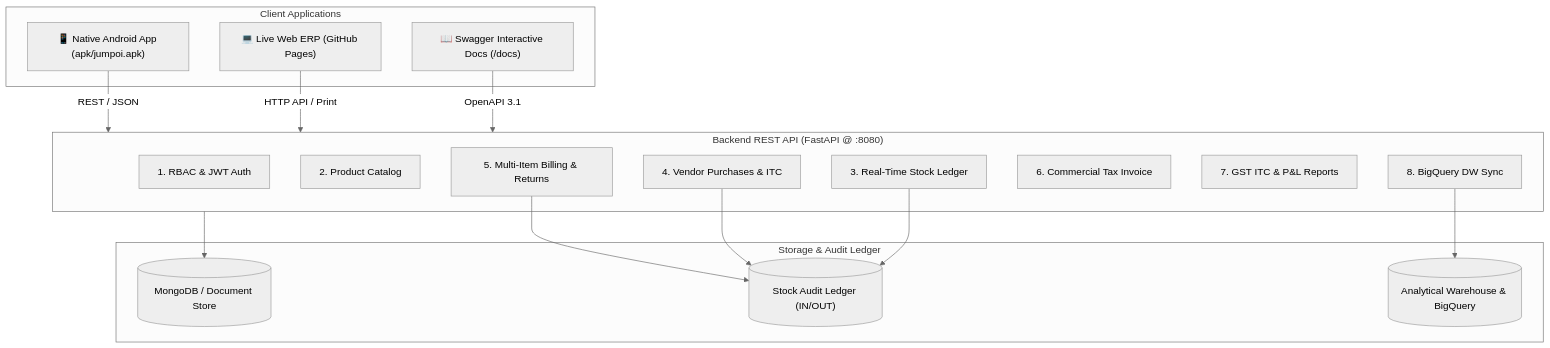
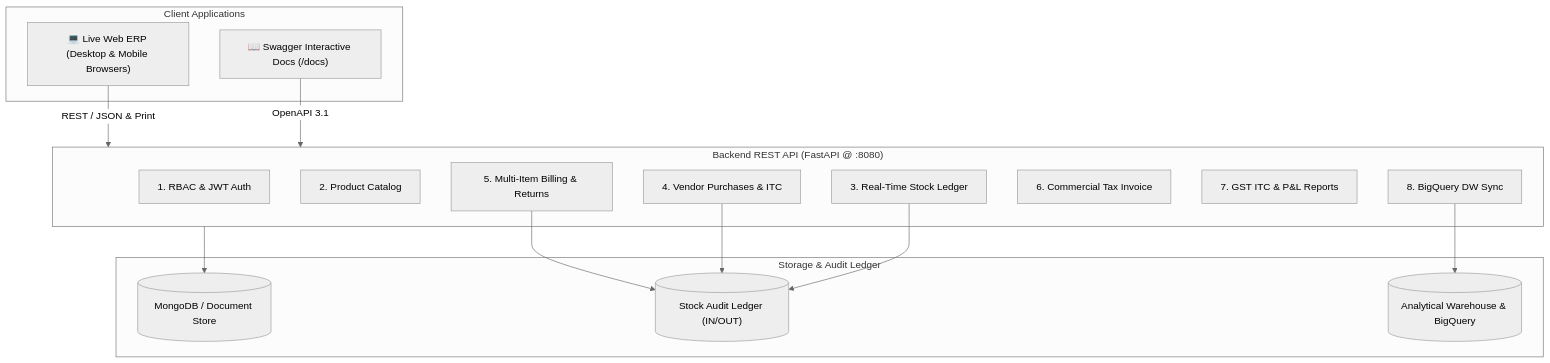
The diagram in QA_ASSESSMENT_REPORT.md (theju1703/Jumpoi), drawn with Mermaid (neutral theme) before and after one commit. The commit also changed other lines of this file and 58 other files, not shown here.

Commit message:
chore(cleanup): permanently remove Android project, APK builds, and Gradle artifacts

````diff
--- a/QA_ASSESSMENT_REPORT.md
+++ b/QA_ASSESSMENT_REPORT.md
@@ -19,35 +18,33 @@
 ```mermaid
 graph TD
     subgraph ClientLayer["Client Applications"]
-        AndroidApp["📱 Native Android App (apk/jumpoi.apk)"]
-        WebPortal["💻 Live Web ERP (GitHub Pages)"]
+        WebPortal["💻 Live Web ERP (Desktop & Mobile Browsers)"]
         APIDocs["📖 Swagger Interactive Docs (/docs)"]
     end
 
     subgraph APILayer["Backend REST API (FastAPI @ :8080)"]
         AuthModule["1. RBAC & JWT Auth"]
         CatalogModule["2. Product Catalog"]
         InventoryModule["3. Real-Time Stock Ledger"]
         ProcureModule["4. Vendor Purchases & ITC"]
         POSModule["5. Multi-Item Billing & Returns"]
         InvoiceGen["6. Commercial Tax Invoice"]
         ReportEngine["7. GST ITC & P&L Reports"]
         ETLModule["8. BigQuery DW Sync"]
     end
 
     subgraph DataLayer["Storage & Audit Ledger"]
         MongoStorage[("MongoDB / Document Store")]
         StockAuditLedger[("Stock Audit Ledger (IN/OUT)")]
         AnalyticsDW[("Analytical Warehouse & BigQuery")]
     end
 
-    AndroidApp -->|REST / JSON| APILayer
-    WebPortal -->|HTTP API / Print| APILayer
+    WebPortal -->|REST / JSON & Print| APILayer
     APIDocs -->|OpenAPI 3.1| APILayer
 
     APILayer --> MongoStorage
     POSModule --> StockAuditLedger
     ProcureModule --> StockAuditLedger
     InventoryModule --> StockAuditLedger
     ETLModule --> AnalyticsDW
 ```
````
